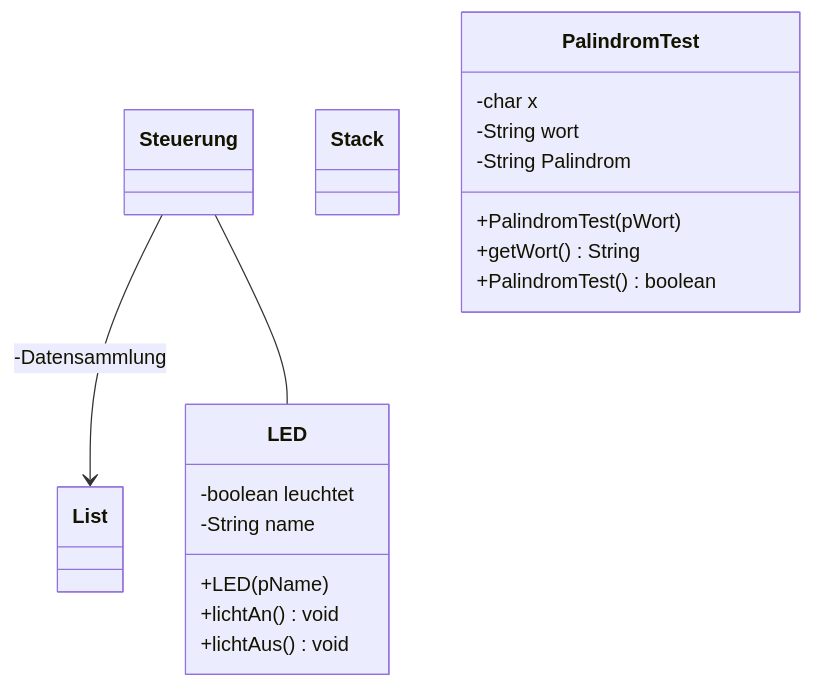
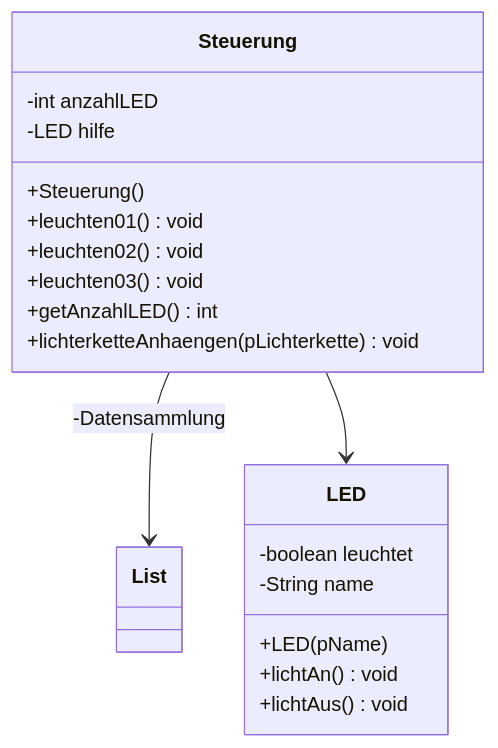
Before and after one commit to rueckertgym/begleitmaterial: the diagram in book/lineareDatenstrukturen/loesungen/s75nr3List.md, drawn with Mermaid.

````diff
--- a/book/lineareDatenstrukturen/loesungen/s75nr3List.md
+++ b/book/lineareDatenstrukturen/loesungen/s75nr3List.md
@@ -15,35 +15,30 @@
 ```mermaid
 classDiagram
 Steuerung --> List: -Datensammlung<LED>
-Steuerung -- LED
+Steuerung --> LED
 
     
-    class Stack {
-        
+    class Steuerung{
+     -int anzahlLED
+     -LED hilfe 
+     +Steuerung()
+     +leuchten01() void
+     +leuchten02() void
+     +leuchten03() void 
+     +getAnzahlLED() int
+     +lichterketteAnhaengen( pLichterkette) void
 
     }
      
-      
-    
-    class PalindromTest {
-      -char x
-      -String wort
-      -String Palindrom
-      +PalindromTest(pWort)
-      +getWort() String
-      +PalindromTest() boolean
-    
-
-    }
     class LED{
       -boolean leuchtet
       -String name
       +LED(pName)
       +lichtAn() void 
       +lichtAus() void 
     }
     class List{
 
     }
 
 ```
````
